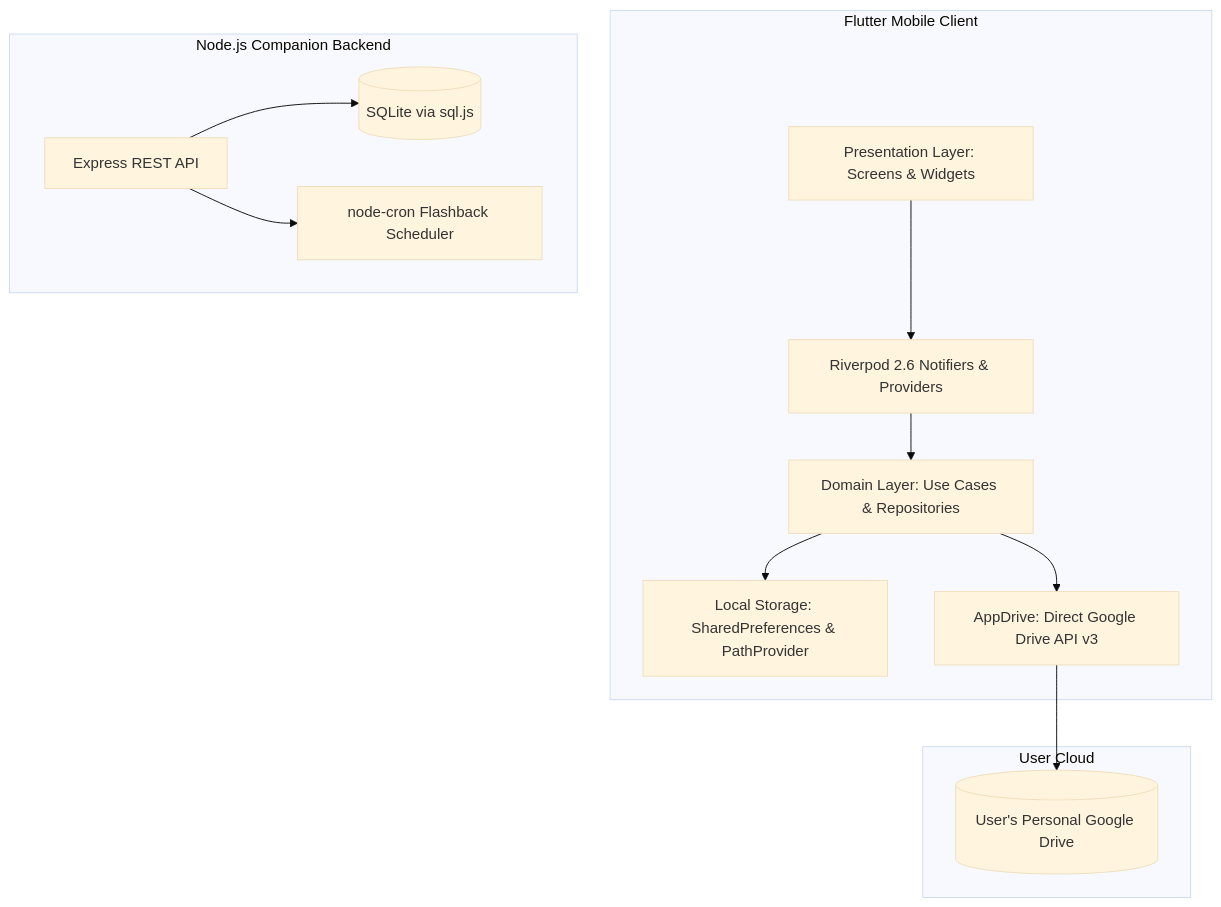
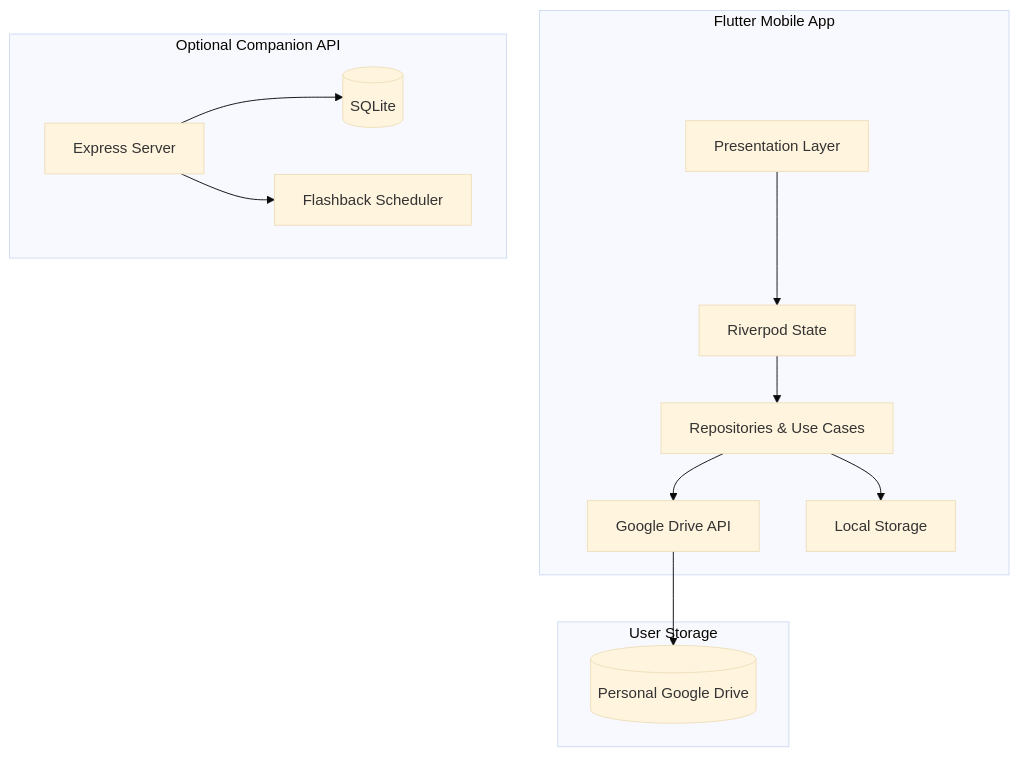
The diagram in README.md (anjishnughosh72501/Kioku), drawn with Mermaid (base theme) before and after one commit. The commit also changed other lines of this file, not shown here.

````diff
--- a/README.md
+++ b/README.md
@@ -63,28 +106,30 @@
 ```mermaid
 graph TD
-    subgraph Mobile [Flutter Mobile Client]
-        UI[Presentation Layer: Screens & Widgets]
-        State[Riverpod 2.6 Notifiers & Providers]
-        Domain[Domain Layer: Use Cases & Repositories]
-        Local[Local Storage: SharedPreferences & PathProvider]
-        DriveClient[AppDrive: Direct Google Drive API v3]
-    end
 
-    subgraph Cloud [User Cloud]
-        GDrive[(User's Personal Google Drive)]
-    end
+subgraph Mobile["Flutter Mobile App"]
+UI[Presentation Layer]
+State[Riverpod State]
+Domain[Repositories & Use Cases]
+Drive[Google Drive API]
+Local[Local Storage]
+end
 
-    subgraph Companion [Node.js Companion Backend]
-        API[Express REST API]
-        SQL[(SQLite via sql.js)]
-        Cron[node-cron Flashback Scheduler]
-    end
+subgraph Cloud["User Storage"]
+GD[(Personal Google Drive)]
+end
 
-    UI --> State
-    State --> Domain
-    Domain --> Local
-    Domain --> DriveClient
-    DriveClient --> GDrive
-    API --> SQL
-    API --> Cron
+subgraph Backend["Optional Companion API"]
+Express[Express Server]
+DB[(SQLite)]
+Cron[Flashback Scheduler]
+end
+
+UI --> State
+State --> Domain
+Domain --> Drive
+Domain --> Local
+Drive --> GD
+
+Express --> DB
+Express --> Cron
 ```
````
